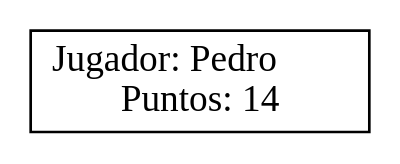
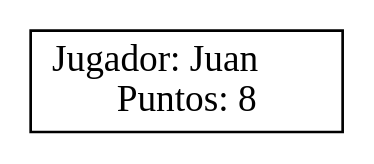
One commit to elJuanjoRamos/EDD_1S2020_PY1_201801262 changed the diagram in EDD_Proyecto1/EDD_Proyecto1/ScoreBoard.dot. Above: the diagram before and after it, drawn with Graphviz. The commit also changed 25 other files, not shown here.

```diff
--- a/EDD_Proyecto1/EDD_Proyecto1/ScoreBoard.dot
+++ b/EDD_Proyecto1/EDD_Proyecto1/ScoreBoard.dot
@@ -1,3 +1,3 @@
 digraph G {rankdir=LR;node[shape = box];
-Nodo0 [label = " Jugador: Pedro\lPuntos: 14"];
+Nodo0 [label = " Jugador: Juan\lPuntos: 8"];
 }
```
